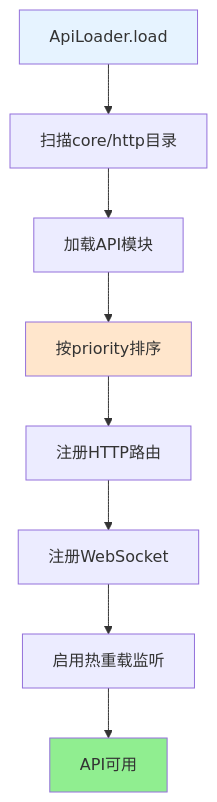
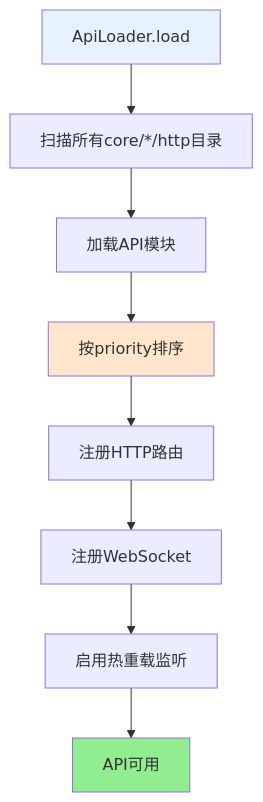
One commit to sunflowermm/XRK-AGT changed the seventh of 9 diagrams in docs/完整文档.md. Above: the diagram before and after it, drawn with Mermaid. The commit also changed other lines of this file and 116 other files, not shown here.

````diff
--- a/docs/完整文档.md
+++ b/docs/完整文档.md
@@ -512,14 +511,14 @@
 ```mermaid
 flowchart TB
-    A["ApiLoader.load"] --> B["扫描core/http目录"]
+    A["ApiLoader.load"] --> B["扫描所有core/*/http目录"]
     B --> C["加载API模块"]
     C --> D["按priority排序"]
     D --> E["注册HTTP路由"]
     E --> F["注册WebSocket"]
     F --> G["启用热重载监听"]
     G --> H["API可用"]
     
     style A fill:#E6F3FF
     style D fill:#FFE6CC
     style H fill:#90EE90
 ```
````
